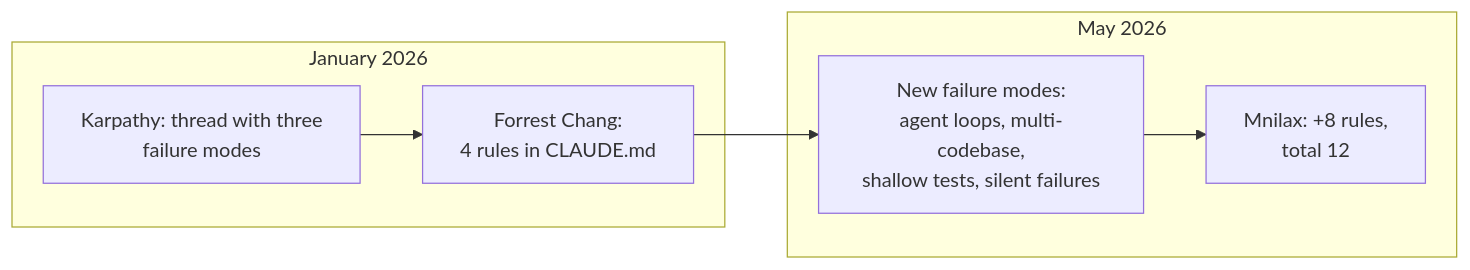
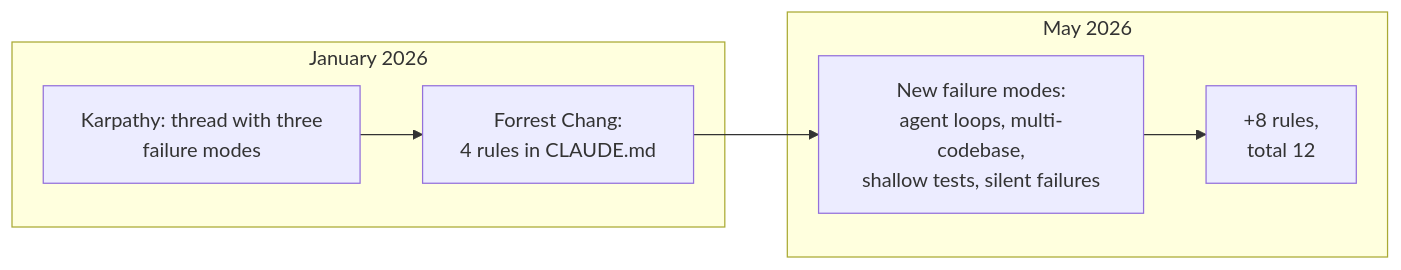
The diagram in src/content/posts/en/claude-md-12-rules.md (node-develop/astro-blog), drawn with Mermaid before and after one commit. The commit also changed other lines of this file and 1 other file, not shown here.

Commit message:
content(posts): publish post `claude-md-12-rules`

````diff
--- a/src/content/posts/en/claude-md-12-rules.md
+++ b/src/content/posts/en/claude-md-12-rules.md
@@ -73,11 +71,11 @@
 ```mermaid
 flowchart LR
   subgraph jan["January 2026"]
     K["Karpathy: thread with three<br/>failure modes"]
     K --> F["Forrest Chang:<br/>4 rules in CLAUDE.md"]
   end
   subgraph may["May 2026"]
     F --> N["New failure modes:<br/>agent loops, multi-codebase,<br/>shallow tests, silent failures"]
-    N --> M["Mnilax: +8 rules,<br/>total 12"]
+    N --> M["+8 rules,<br/>total 12"]
   end
 ```
````
